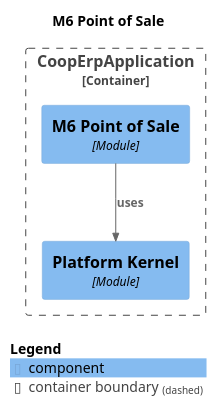
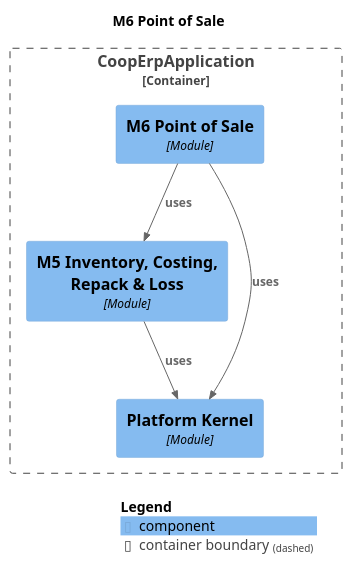
Before and after one commit to Knoweb/COOP_ERP: the diagram in docs/modules/module-m6pos.puml, drawn with PlantUML. The commit also changed 49 other files, not shown here.

```diff
--- a/docs/modules/module-m6pos.puml
+++ b/docs/modules/module-m6pos.puml
@@ -1,19 +1,22 @@
 @startuml
 set separator none
 title M6 Point of Sale
 
 top to bottom direction
 
 !include <C4/C4>
 !include <C4/C4_Context>
 !include <C4/C4_Component>
 
 Container_Boundary("CoopErpApplication.CoopErpApplication_boundary", "CoopErpApplication", $tags="") {
+  Component(CoopErpApplication.CoopErpApplication.M5InventoryCostingRepackLoss, "M5 Inventory, Costing, Repack & Loss", $techn="Module", $descr="", $tags="", $link="")
+  Component(CoopErpApplication.CoopErpApplication.M6PointofSale, "M6 Point of Sale", $techn="Module", $descr="", $tags="", $link="")
   Component(CoopErpApplication.CoopErpApplication.PlatformKernel, "Platform Kernel", $techn="Module", $descr="", $tags="", $link="")
-  Component(CoopErpApplication.CoopErpApplication.M6PointofSale, "M6 Point of Sale", $techn="Module", $descr="", $tags="", $link="")
 }
 
+Rel(CoopErpApplication.CoopErpApplication.M5InventoryCostingRepackLoss, CoopErpApplication.CoopErpApplication.PlatformKernel, "uses", $techn="", $tags="", $link="")
+Rel(CoopErpApplication.CoopErpApplication.M6PointofSale, CoopErpApplication.CoopErpApplication.M5InventoryCostingRepackLoss, "uses", $techn="", $tags="", $link="")
 Rel(CoopErpApplication.CoopErpApplication.M6PointofSale, CoopErpApplication.CoopErpApplication.PlatformKernel, "uses", $techn="", $tags="", $link="")
 
 SHOW_LEGEND(true)
 @enduml
```
